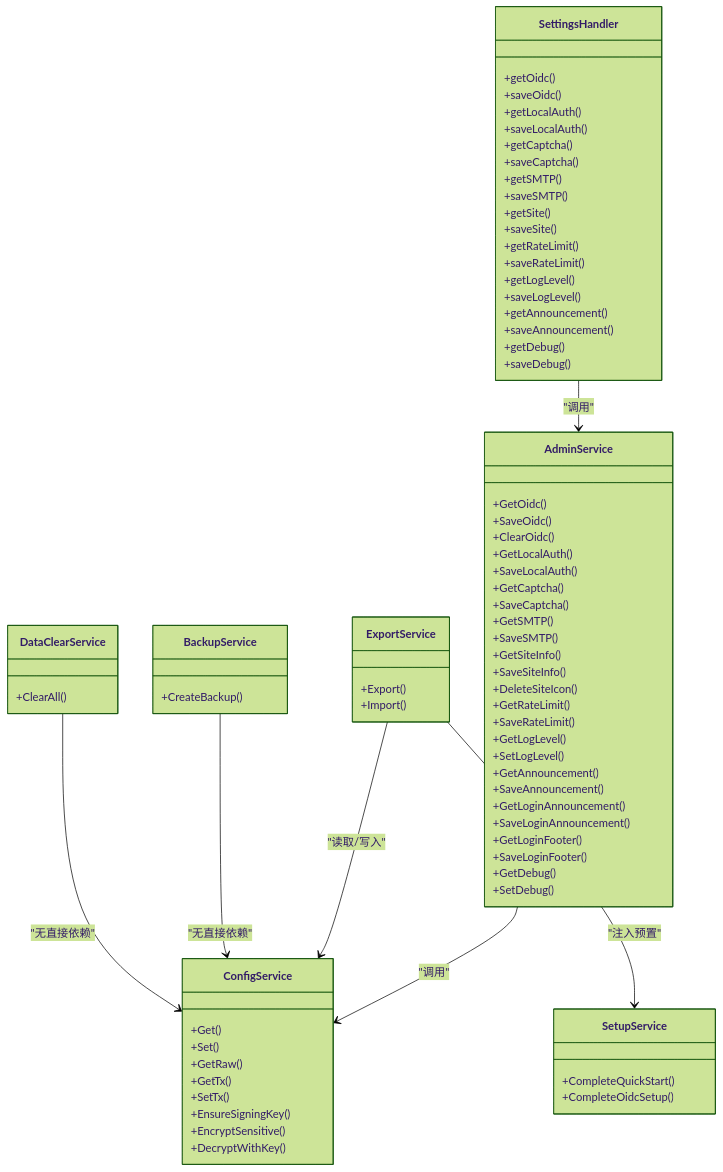
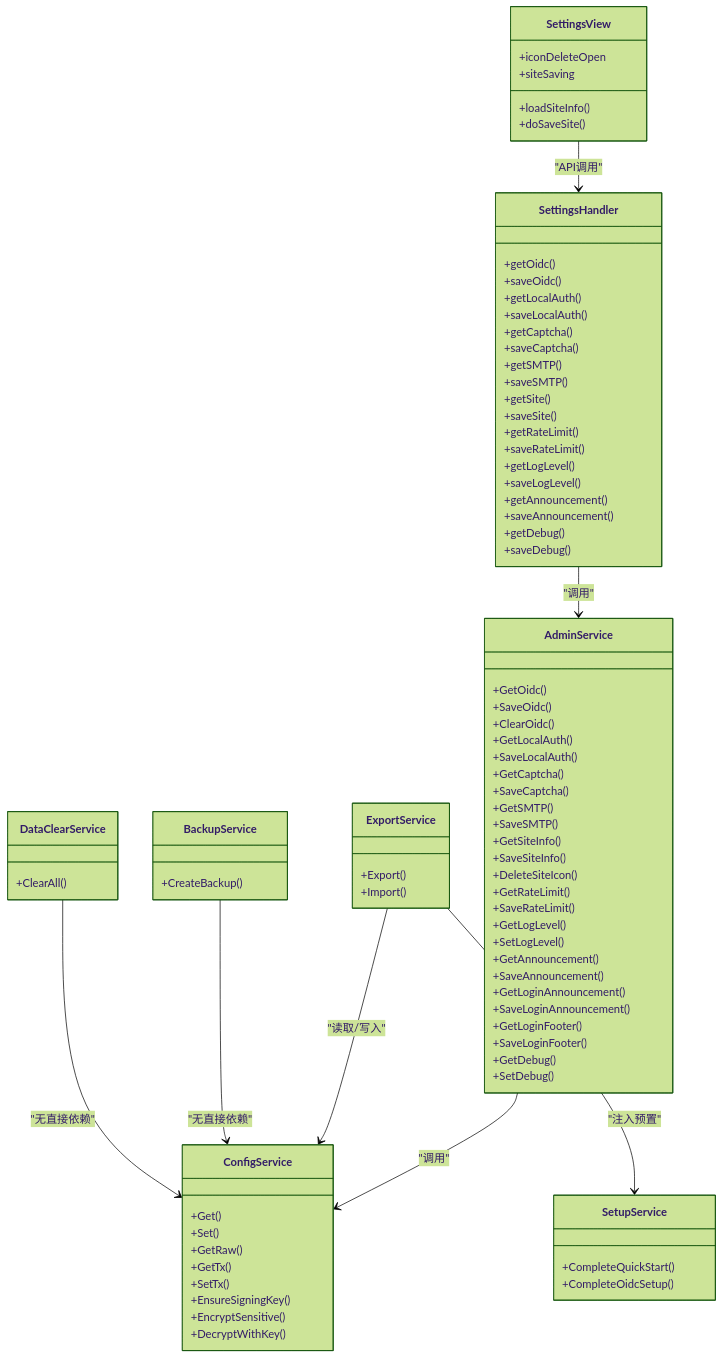
The eighth of 8 diagrams in .qoder/repowiki/zh/content/API接口文档/系统设置API.md (AlcaProphet/VPN-Subscription-Management), drawn with Mermaid (forest theme) before and after one commit. The commit also changed other lines of this file and 100 other files, not shown here.

````diff
--- a/.qoder/repowiki/zh/content/API接口文档/系统设置API.md
+++ b/.qoder/repowiki/zh/content/API接口文档/系统设置API.md
@@ -379,10 +435,17 @@
 +CompleteQuickStart()
 +CompleteOidcSetup()
 }
+class SettingsView {
++loadSiteInfo()
++doSaveSite()
++iconDeleteOpen
++siteSaving
+}
 SettingsHandler --> AdminService : "调用"
 AdminService --> ConfigService : "调用"
 ExportService --> ConfigService : "读取/写入"
 ExportService --> SetupService : "注入预置"
 BackupService --> ConfigService : "无直接依赖"
 DataClearService --> ConfigService : "无直接依赖"
+SettingsView --> SettingsHandler : "API调用"
 ```
````
